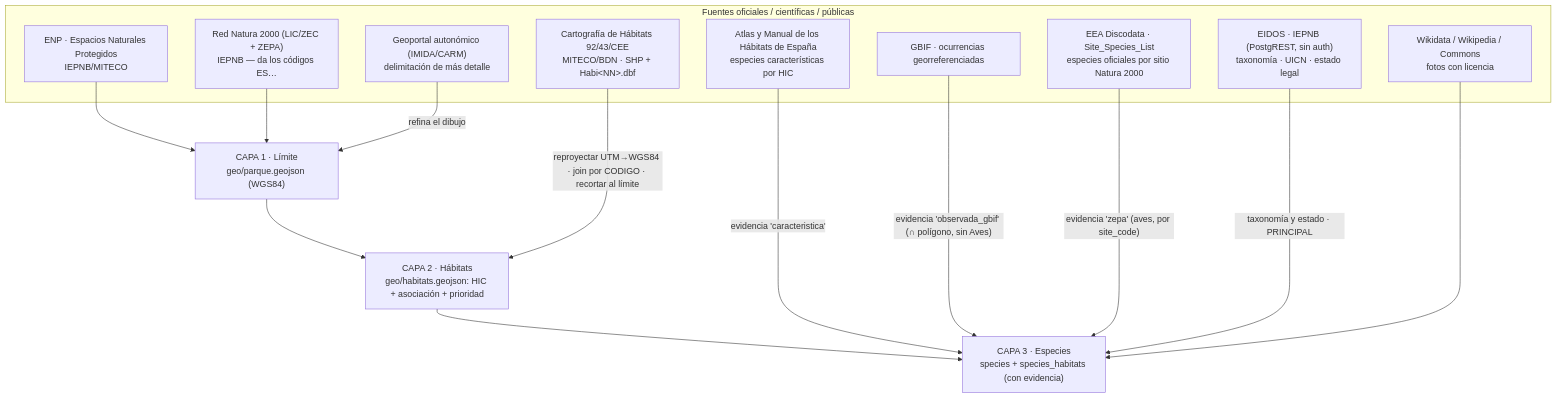
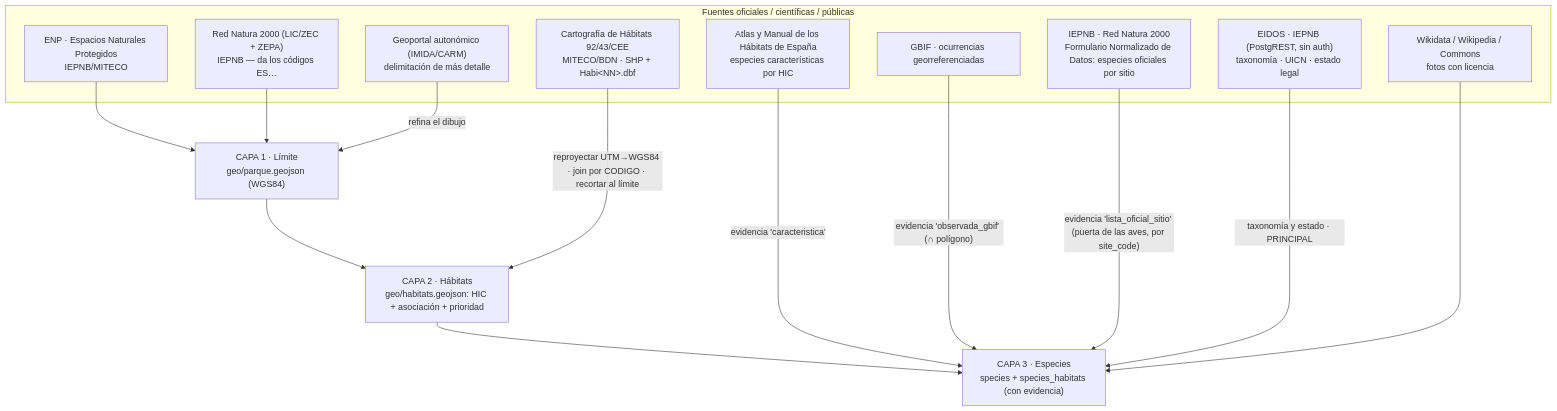
Before and after one commit to DamiNL94/NaturDex: the diagram in Docs/arquitectura/MODELO-DE-DATOS.md, drawn with Mermaid. The commit also changed 10 other files, not shown here.

````diff
--- a/Docs/arquitectura/MODELO-DE-DATOS.md
+++ b/Docs/arquitectura/MODELO-DE-DATOS.md
@@ -20,30 +20,30 @@
 ```mermaid
 flowchart TD
   subgraph F["Fuentes oficiales / científicas / públicas"]
     ENP["ENP · Espacios Naturales Protegidos<br/>IEPNB/MITECO"]
     N2K["Red Natura 2000 (LIC/ZEC + ZEPA)<br/>IEPNB — da los códigos ES…"]
     IMIDA["Geoportal autonómico (IMIDA/CARM)<br/>delimitación de más detalle"]
     HIC["Cartografía de Hábitats 92/43/CEE<br/>MITECO/BDN · SHP + Habi&lt;NN&gt;.dbf"]
     ATLAS["Atlas y Manual de los Hábitats de España<br/>especies características por HIC"]
     EIDOS["EIDOS · IEPNB (PostgREST, sin auth)<br/>taxonomía · UICN · estado legal"]
     GBIF["GBIF · ocurrencias georreferenciadas"]
-    BISE["EEA Discodata · Site_Species_List<br/>especies oficiales por sitio Natura 2000"]
+    RN2K["IEPNB · Red Natura 2000<br/>Formulario Normalizado de Datos: especies oficiales por sitio"]
     WM["Wikidata / Wikipedia / Commons<br/>fotos con licencia"]
   end
 
   C1["CAPA 1 · Límite<br/>geo/parque.geojson (WGS84)"]
   C2["CAPA 2 · Hábitats<br/>geo/habitats.geojson: HIC + asociación + prioridad"]
   C3["CAPA 3 · Especies<br/>species + species_habitats (con evidencia)"]
 
   ENP --> C1
   N2K --> C1
   IMIDA -->|refina el dibujo| C1
   C1 --> C2
   HIC -->|"reproyectar UTM→WGS84 · join por CODIGO · recortar al límite"| C2
   C2 --> C3
   ATLAS -->|evidencia 'caracteristica'| C3
-  GBIF -->|"evidencia 'observada_gbif' (∩ polígono, sin Aves)"| C3
-  BISE -->|"evidencia 'zepa' (aves, por site_code)"| C3
+  GBIF -->|"evidencia 'observada_gbif' (∩ polígono)"| C3
+  RN2K -->|"evidencia 'lista_oficial_sitio' (puerta de las aves, por site_code)"| C3
   EIDOS -->|taxonomía y estado · PRINCIPAL| C3
   WM --> C3
 ```
````
